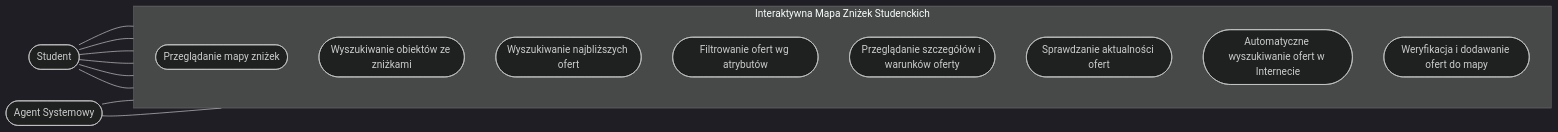
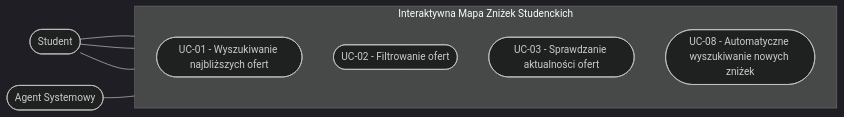
The diagram in use-cases/readme.md (loczek356/Greedy_Student), drawn with Mermaid (dark theme) before and after one commit.

````diff
--- a/use-cases/readme.md
+++ b/use-cases/readme.md
@@ -1,27 +1,20 @@
 ```mermaid
 flowchart LR
     Student([Student])
     Agent([Agent Systemowy])
 
     subgraph System ["Interaktywna Mapa Zniżek Studenckich"]
         direction TB
-        UC1([Przeglądanie mapy zniżek])
-        UC2([Wyszukiwanie obiektów ze zniżkami])
-        UC3([Wyszukiwanie najbliższych ofert])
-        UC4([Filtrowanie ofert wg atrybutów])
-        UC5([Przeglądanie szczegółów i warunków oferty])
-        UC6([Sprawdzanie aktualności ofert])
-        UC7([Automatyczne wyszukiwanie ofert w Internecie])
-        UC8([Weryfikacja i dodawanie ofert do mapy])
+
+        UC1([UC-01 - Wyszukiwanie najbliższych ofert])
+        UC2([UC-02 - Filtrowanie ofert])
+        UC3([UC-03 - Sprawdzanie aktualności ofert])
+        UC8([UC-08 - Automatyczne wyszukiwanie nowych zniżek])
     end
 
     Student --- UC1
     Student --- UC2
     Student --- UC3
-    Student --- UC4
-    Student --- UC5
-    Student --- UC6
 
-    Agent --- UC7
     Agent --- UC8
 ```
````
